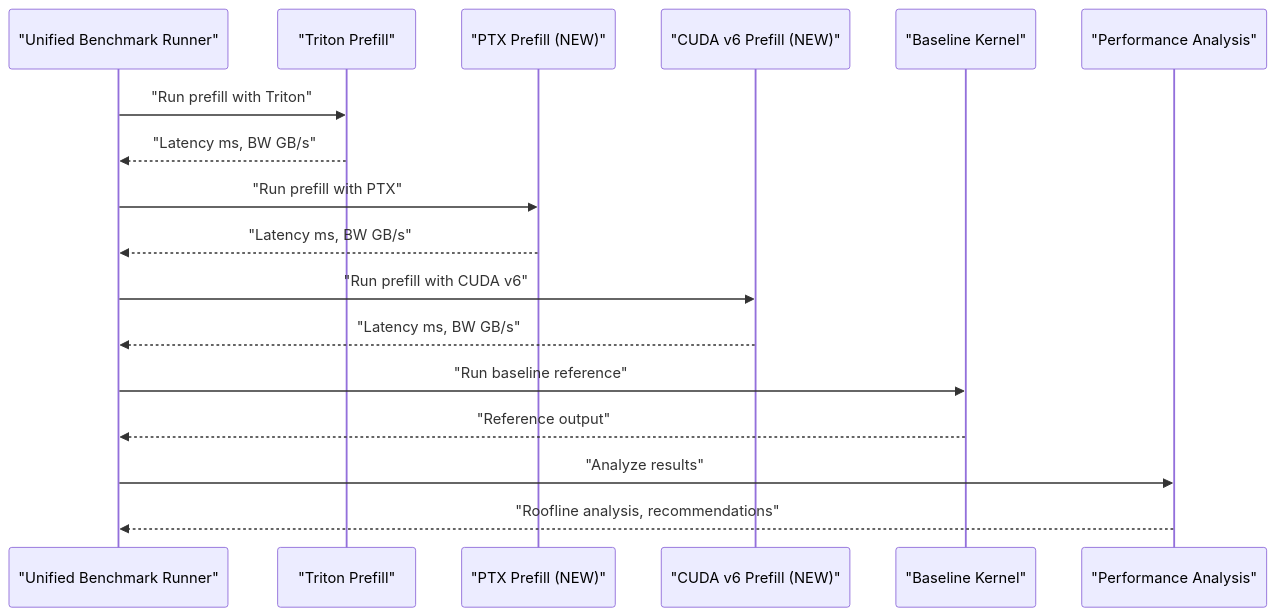
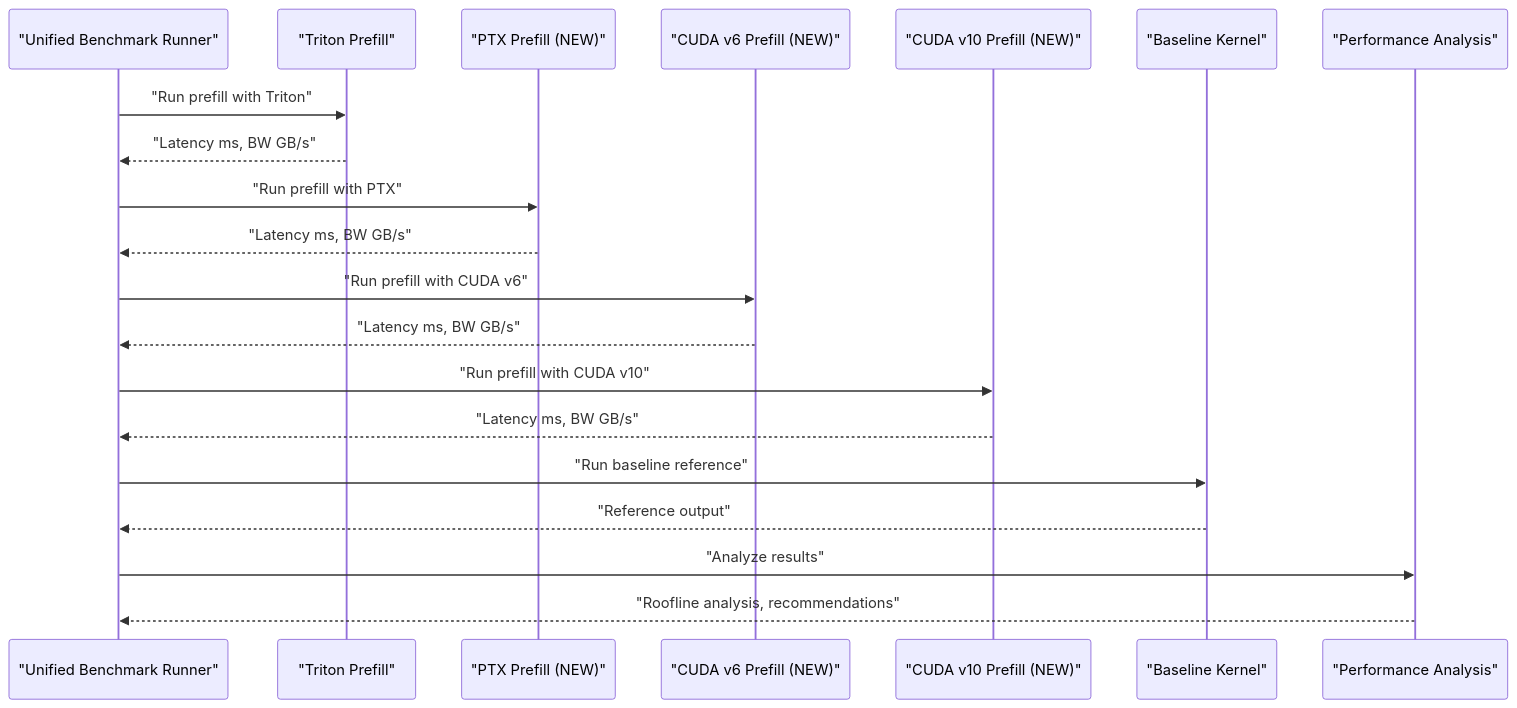
Before and after one commit to gugudeshubao/flashinfer-bench-tma-thrust: the fourth of 6 diagrams in .qoder/repowiki/en/content/Core Kernels/GDN Prefill Kernel.md, drawn with Mermaid. The commit also changed other lines of this file and 4 other files, not shown here.

````diff
--- a/.qoder/repowiki/en/content/Core Kernels/GDN Prefill Kernel.md
+++ b/.qoder/repowiki/en/content/Core Kernels/GDN Prefill Kernel.md
@@ -329,19 +377,22 @@
 ```mermaid
 sequenceDiagram
 participant Runner as "Unified Benchmark Runner"
 participant Triton as "Triton Prefill"
 participant PTX as "PTX Prefill (NEW)"
 participant V6 as "CUDA v6 Prefill (NEW)"
+participant V10 as "CUDA v10 Prefill (NEW)"
 participant Base as "Baseline Kernel"
 participant Perf as "Performance Analysis"
 Runner->>Triton : "Run prefill with Triton"
 Triton-->>Runner : "Latency ms, BW GB/s"
 Runner->>PTX : "Run prefill with PTX"
 PTX-->>Runner : "Latency ms, BW GB/s"
 Runner->>V6 : "Run prefill with CUDA v6"
 V6-->>Runner : "Latency ms, BW GB/s"
+Runner->>V10 : "Run prefill with CUDA v10"
+V10-->>Runner : "Latency ms, BW GB/s"
 Runner->>Base : "Run baseline reference"
 Base-->>Runner : "Reference output"
 Runner->>Perf : "Analyze results"
 Perf-->>Runner : "Roofline analysis, recommendations"
 ```
````
